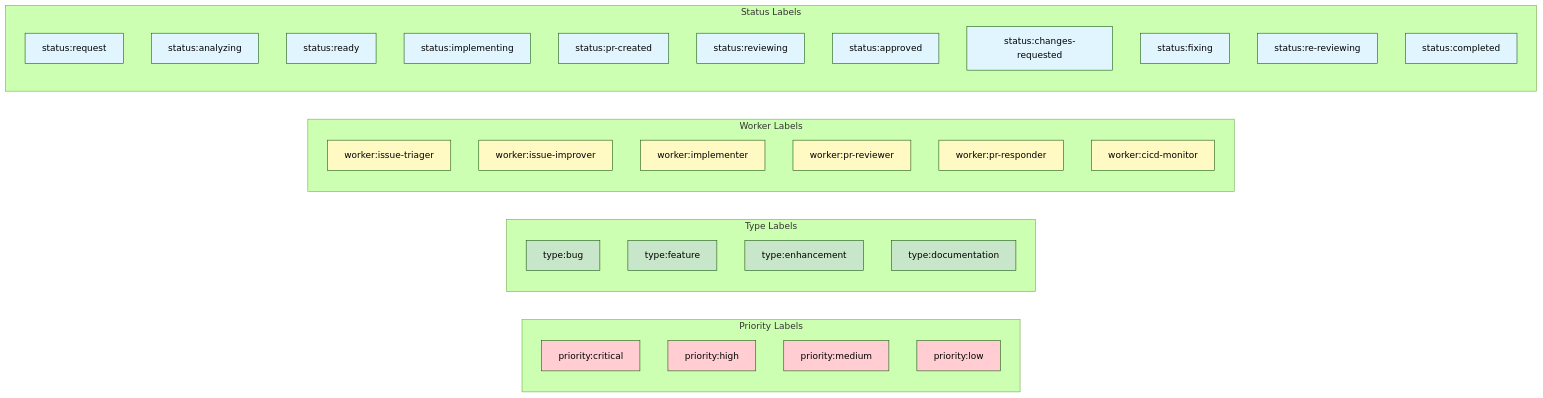
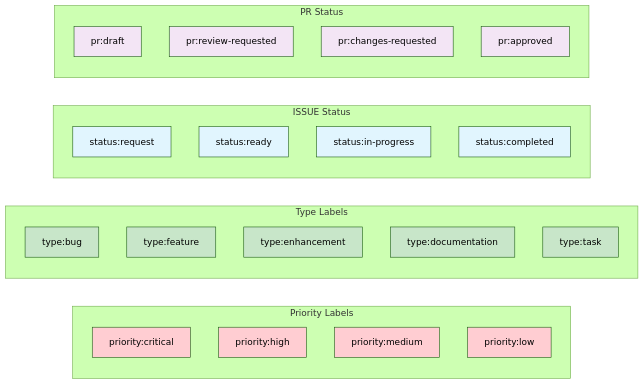
The third of 3 diagrams in README.md (sotaroNishioka/claude-developer), drawn with Mermaid (forest theme) before and after one commit. The commit also changed other lines of this file and 12 other files, not shown here.

````diff
--- a/README.md
+++ b/README.md
@@ -198,49 +196,41 @@
 ```mermaid
 graph LR
     subgraph "Priority Labels"
         P1[priority:critical]
         P2[priority:high]
         P3[priority:medium]
         P4[priority:low]
     end
     
     subgraph "Type Labels"
         T1[type:bug]
         T2[type:feature]
         T3[type:enhancement]
         T4[type:documentation]
+        T5[type:task]
     end
     
-    subgraph "Worker Labels"
-        W1[worker:issue-triager]
-        W2[worker:issue-improver]
-        W3[worker:implementer]
-        W4[worker:pr-reviewer]
-        W5[worker:pr-responder]
-        W6[worker:cicd-monitor]
+    subgraph "ISSUE Status"
+        IS1[status:request]
+        IS2[status:ready]
+        IS3[status:in-progress]
+        IS4[status:completed]
     end
     
-    subgraph "Status Labels"
-        S1[status:request]
-        S2[status:analyzing]
-        S3[status:ready]
-        S4[status:implementing]
-        S5[status:pr-created]
-        S6[status:reviewing]
-        S7[status:approved]
-        S8[status:changes-requested]
-        S9[status:fixing]
-        S10[status:re-reviewing]
-        S11[status:completed]
+    subgraph "PR Status"
+        PS1[pr:draft]
+        PS2[pr:review-requested]
+        PS3[pr:changes-requested]
+        PS4[pr:approved]
     end
     
     classDef priority fill:#ffcdd2
     classDef type fill:#c8e6c9
-    classDef worker fill:#fff9c4
-    classDef status fill:#e1f5fe
+    classDef issue fill:#e1f5fe
+    classDef pr fill:#f3e5f5
     
     class P1,P2,P3,P4 priority
-    class T1,T2,T3,T4 type
-    class W1,W2,W3,W4,W5,W6 worker
-    class S1,S2,S3,S4,S5,S6,S7,S8,S9,S10,S11 status
+    class T1,T2,T3,T4,T5 type
+    class IS1,IS2,IS3,IS4 issue
+    class PS1,PS2,PS3,PS4 pr
 ```
````
